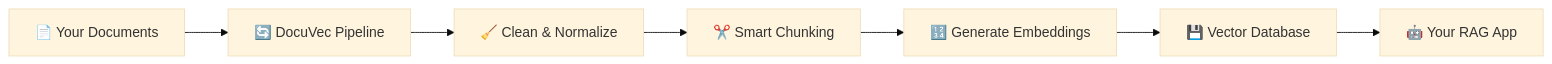
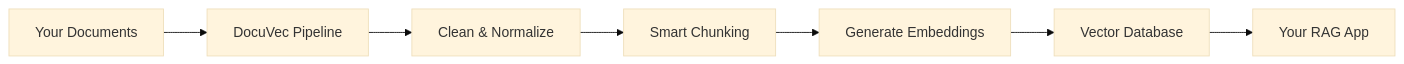
One commit to sofianedjerbi/docuvec changed the diagram in README.md. Above: the diagram before and after it, drawn with Mermaid (base theme). The commit also changed other lines of this file, not shown here.

First line of the commit message:
docs: add comprehensive chunk schema documentation to README

````diff
--- a/README.md
+++ b/README.md
@@ -121,9 +121,9 @@
 ```mermaid
 graph LR
-    A[📄 Your Documents] --> B[🔄 DocuVec Pipeline]
-    B --> C[🧹 Clean & Normalize]
-    C --> D[✂️ Smart Chunking]
-    D --> E[🔢 Generate Embeddings]
-    E --> F[💾 Vector Database]
-    F --> G[🤖 Your RAG App]
+    A[Your Documents] --> B[DocuVec Pipeline]
+    B --> C[Clean & Normalize]
+    C --> D[Smart Chunking]
+    D --> E[Generate Embeddings]
+    E --> F[Vector Database]
+    F --> G[Your RAG App]
 ```
````
